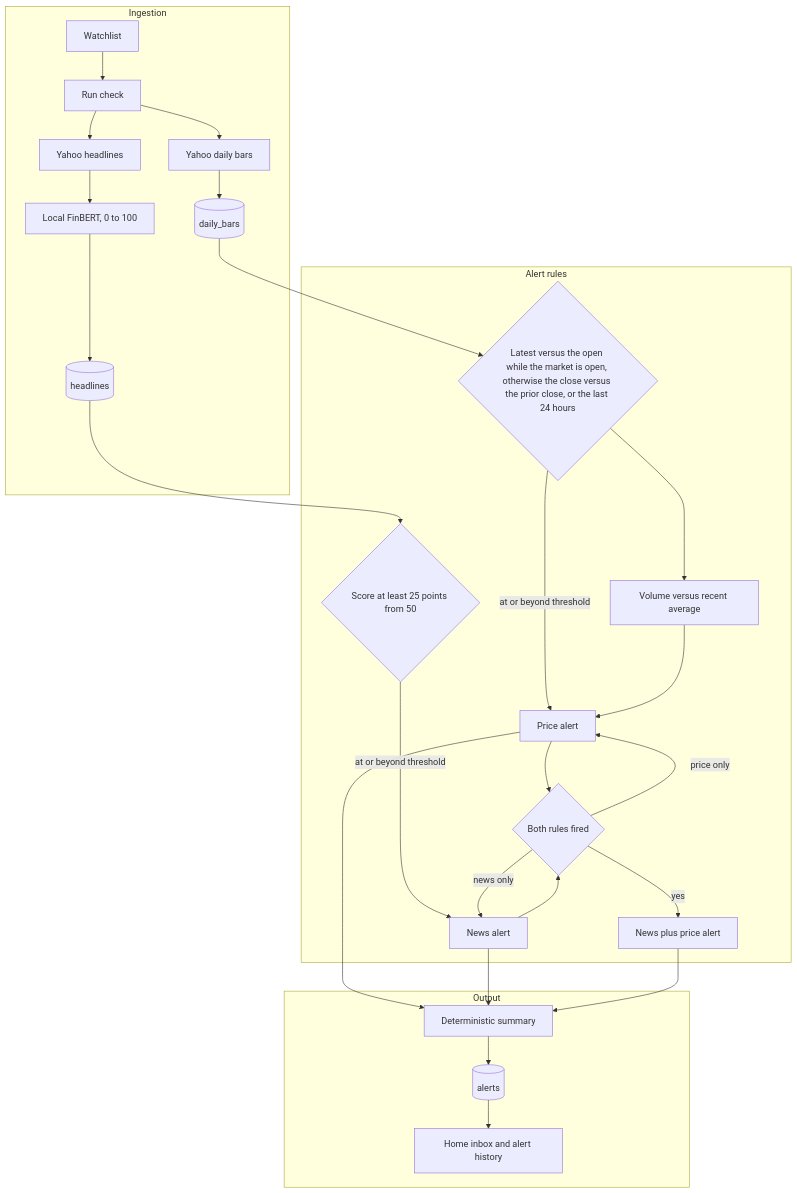
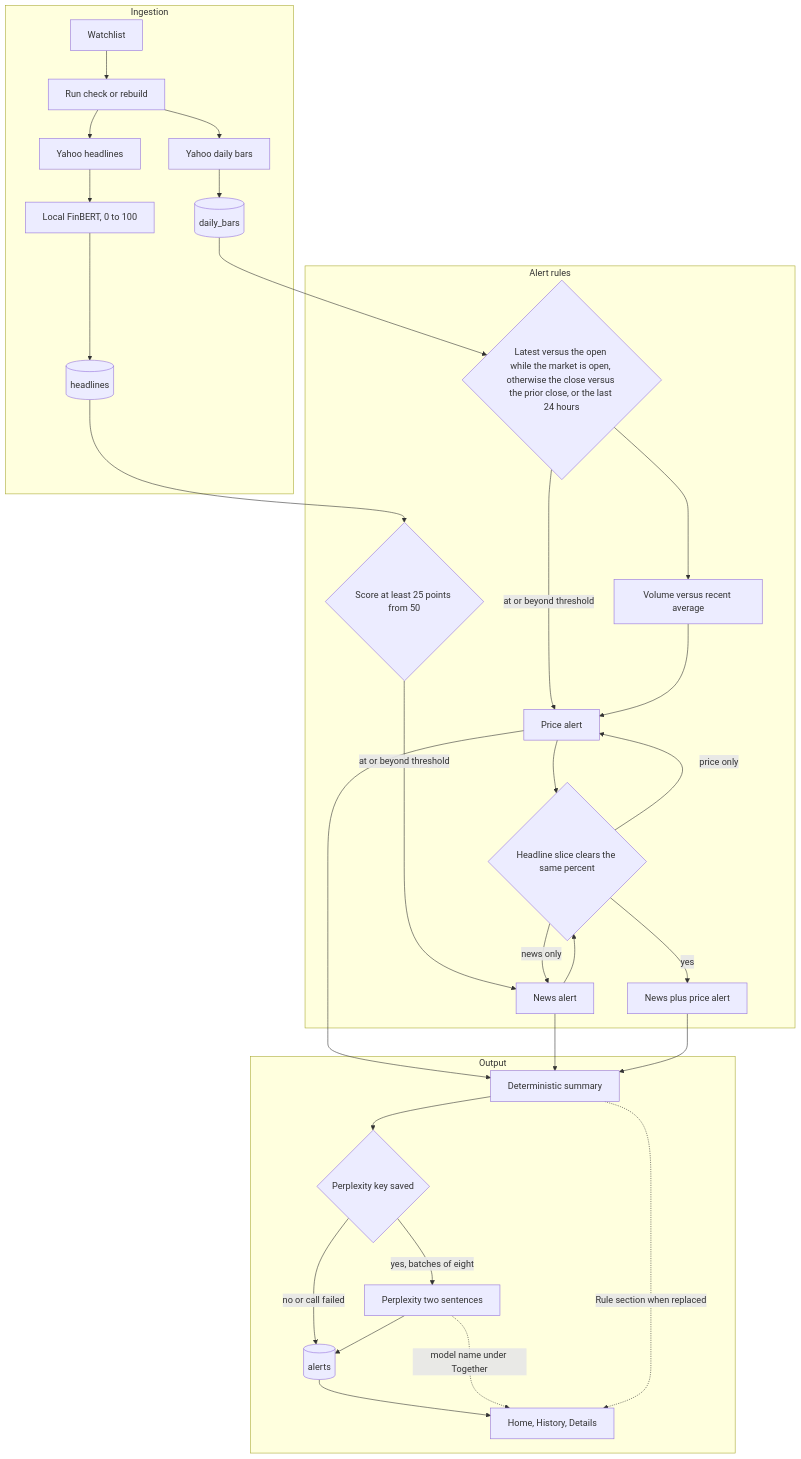
One commit to sameerde4/ticker-alert-system changed the first of 5 diagrams in docs/architecture.md. Above: the diagram before and after it, drawn with Mermaid. The commit also changed other lines of this file, not shown here.

Commit message:
Redraw the as-built and target architecture diagrams.

````diff
--- a/docs/architecture.md
+++ b/docs/architecture.md
@@ -55,33 +57,38 @@
 ```mermaid
 flowchart TB
     subgraph ingest [Ingestion]
-        WL[Watchlist] --> RUN[Run check]
+        WL[Watchlist] --> RUN[Run check or rebuild]
         RUN --> PX[Yahoo daily bars]
         RUN --> NW[Yahoo headlines]
         PX --> BARS[(daily_bars)]
         NW --> SCORE[Local FinBERT, 0 to 100]
         SCORE --> NEWS[(headlines)]
     end
 
     subgraph rules [Alert rules]
         BARS --> PRICE{Latest versus the open while the market is open, otherwise the close versus the prior close, or the last 24 hours}
         PRICE -->|at or beyond threshold| PA[Price alert]
         PRICE --> VOL[Volume versus recent average]
         VOL --> PA
         NEWS --> NA{Score at least 25 points from 50}
         NA -->|at or beyond threshold| NEWSALERT[News alert]
-        PA --> ONE{Both rules fired}
+        PA --> ONE{Headline slice clears the same percent}
         NEWSALERT --> ONE
         ONE -->|yes| FA[News plus price alert]
         ONE -->|price only| PA
         ONE -->|news only| NEWSALERT
     end
 
     subgraph out [Output]
-        PA --> SUM[Deterministic summary]
-        NEWSALERT --> SUM
-        FA --> SUM
-        SUM --> ALERTS[(alerts)]
-        ALERTS --> UI[Home inbox and alert history]
+        PA --> RULE[Deterministic summary]
+        NEWSALERT --> RULE
+        FA --> RULE
+        RULE --> KEY{Perplexity key saved}
+        KEY -->|no or call failed| ALERTS[(alerts)]
+        KEY -->|yes, batches of eight| PPLX[Perplexity two sentences]
+        PPLX --> ALERTS
+        ALERTS --> UI[Home, History, Details]
+        PPLX -.->|model name under Together| UI
+        RULE -.->|Rule section when replaced| UI
     end
 ```
````
